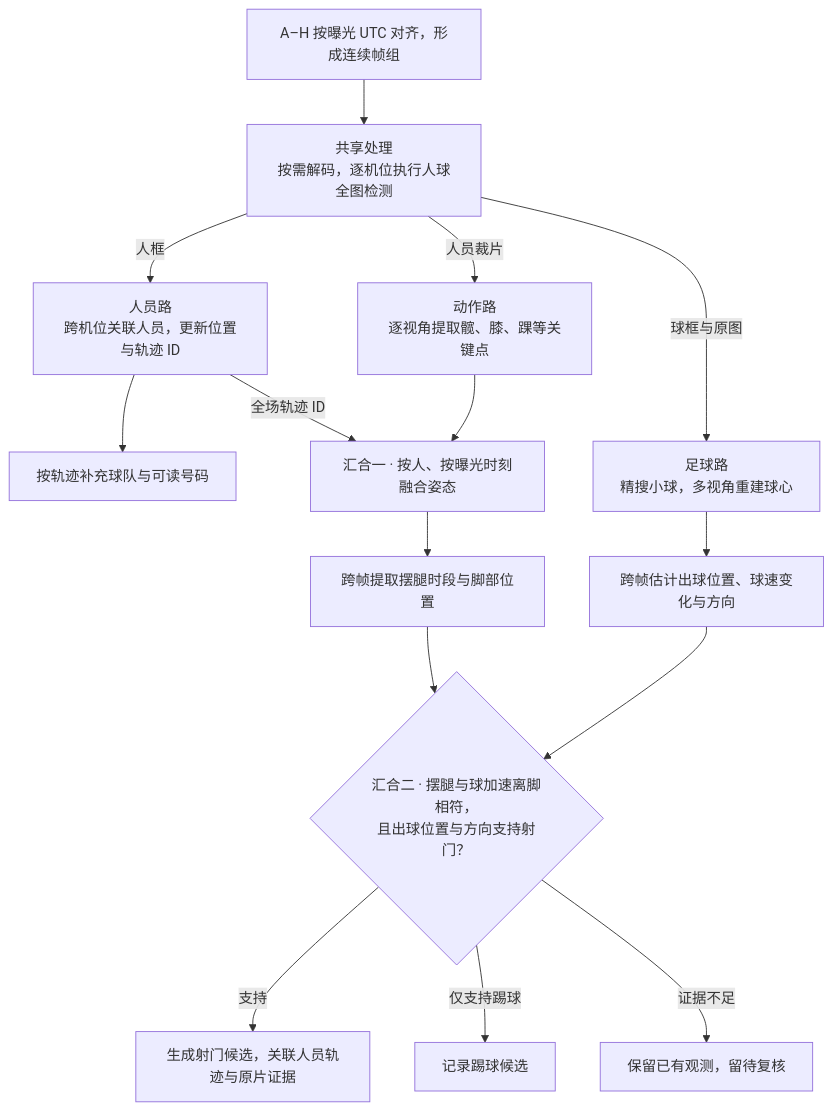
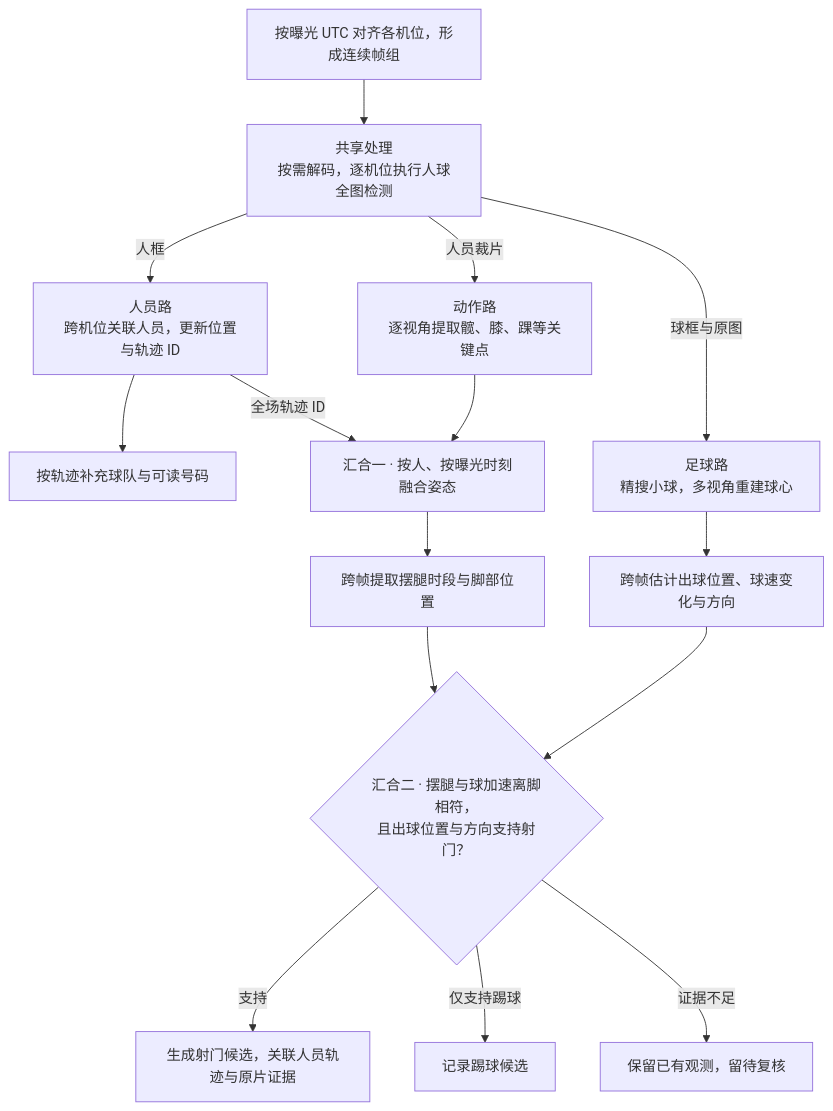
Before and after one commit to winixi/pitchtrace-3d: the second of 2 diagrams in docs/02-technical-design.md, drawn with Mermaid. The commit also changed other lines of this file and 3 other files, not shown here.

First line of the commit message:
docs: Update camera configuration to support 2–8+ cameras with extensible architecture

````diff
--- a/docs/02-technical-design.md
+++ b/docs/02-technical-design.md
@@ -123,17 +123,17 @@
 ```mermaid
 flowchart TD
-    A["A–H 按曝光 UTC 对齐，形成连续帧组"] --> D["共享处理<br/>按需解码，逐机位执行人球全图检测"]
+    A["按曝光 UTC 对齐各机位，形成连续帧组"] --> D["共享处理<br/>按需解码，逐机位执行人球全图检测"]
     D -->|人框| T["人员路<br/>跨机位关联人员，更新位置与轨迹 ID"]
     D -->|人员裁片| P["动作路<br/>逐视角提取髋、膝、踝等关键点"]
     D -->|球框与原图| B["足球路<br/>精搜小球，多视角重建球心"]
     T --> I["按轨迹补充球队与可读号码"]
     T -->|全场轨迹 ID| K["汇合一 · 按人、按曝光时刻融合姿态"]
     P --> K
     K --> S["跨帧提取摆腿时段与脚部位置"]
     B --> V["跨帧估计出球位置、球速变化与方向"]
     S --> J{"汇合二 · 摆腿与球加速离脚相符，<br/>且出球位置与方向支持射门？"}
     V --> J
     J -->|支持| E["生成射门候选，关联人员轨迹与原片证据"]
     J -->|仅支持踢球| F["记录踢球候选"]
     J -->|证据不足| U["保留已有观测，留待复核"]
 ```
````
